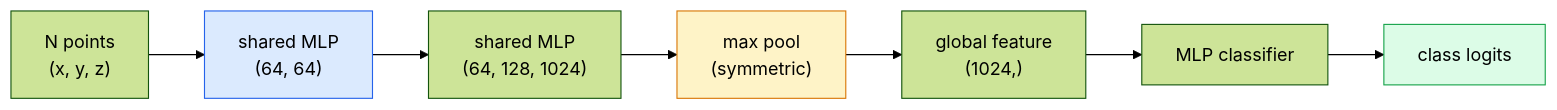
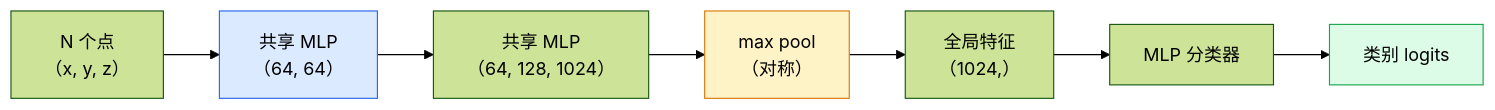
Before and after one commit to JerryC8080/ai-engineering-from-scratch-zh: the diagram in phases/04-computer-vision/13-3d-vision-nerf/docs/zh.md, drawn with Mermaid (forest theme). The commit also changed 156 other files, not shown here.

First line of the commit message:
i18n(zh): translate mermaid diagram labels in 157 lesson zh.md

````diff
--- a/phases/04-computer-vision/13-3d-vision-nerf/docs/zh.md
+++ b/phases/04-computer-vision/13-3d-vision-nerf/docs/zh.md
@@ -57,13 +57,13 @@
 ```mermaid
 flowchart LR
-    PTS["N points<br/>(x, y, z)"] --> MLP1["shared MLP<br/>(64, 64)"]
-    MLP1 --> MLP2["shared MLP<br/>(64, 128, 1024)"]
-    MLP2 --> MAX["max pool<br/>(symmetric)"]
-    MAX --> FEAT["global feature<br/>(1024,)"]
-    FEAT --> FC["MLP classifier"]
-    FC --> CLS["class logits"]
+    PTS["N 个点<br/>（x, y, z）"] --> MLP1["共享 MLP<br/>（64, 64）"]
+    MLP1 --> MLP2["共享 MLP<br/>（64, 128, 1024）"]
+    MLP2 --> MAX["max pool<br/>（对称）"]
+    MAX --> FEAT["全局特征<br/>（1024,）"]
+    FEAT --> FC["MLP 分类器"]
+    FC --> CLS["类别 logits"]
 
     style MLP1 fill:#dbeafe,stroke:#2563eb
     style MAX fill:#fef3c7,stroke:#d97706
     style CLS fill:#dcfce7,stroke:#16a34a
 ```
````
